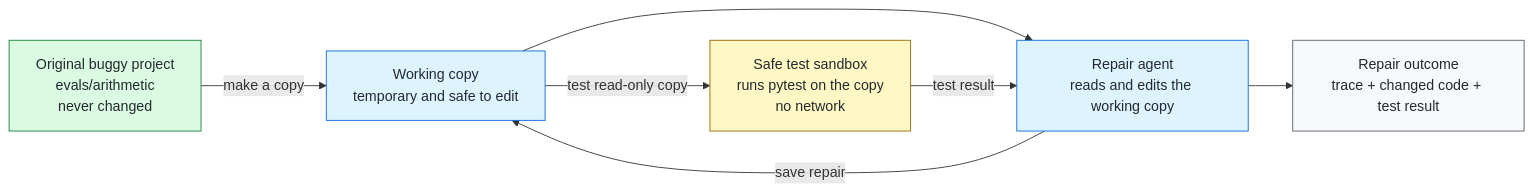
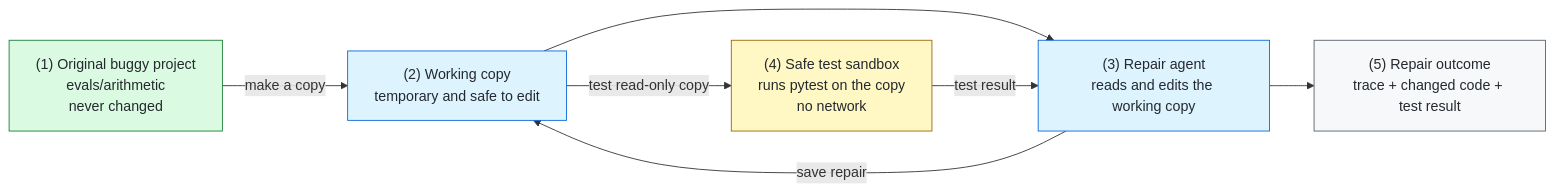
The second of 3 diagrams in README.md (ForgettaAnthony/coding-agent-lab), drawn with Mermaid before and after one commit.

Commit message:
docs: number repair isolation workflow

````diff
--- a/README.md
+++ b/README.md
@@ -152,24 +152,24 @@
 ```mermaid
 flowchart LR
-    baseline["Original buggy project<br/>evals/arithmetic<br/>never changed"]
-    copy["Working copy<br/>temporary and safe to edit"]
-    agent["Repair agent<br/>reads and edits the working copy"]
-    docker["Safe test sandbox<br/>runs pytest on the copy<br/>no network"]
-    result["Repair outcome<br/>trace + changed code + test result"]
+    baseline["(1) Original buggy project<br/>evals/arithmetic<br/>never changed"]
+    copy["(2) Working copy<br/>temporary and safe to edit"]
+    agent["(3) Repair agent<br/>reads and edits the working copy"]
+    docker["(4) Safe test sandbox<br/>runs pytest on the copy<br/>no network"]
+    result["(5) Repair outcome<br/>trace + changed code + test result"]
 
     baseline -->|make a copy| copy
     copy --> agent
     agent -->|save repair| copy
     copy -->|test read-only copy| docker
     docker -->|test result| agent
     agent --> result
 
     classDef baseline fill:#dafbe1,stroke:#1a7f37,color:#24292f
     classDef workspace fill:#ddf4ff,stroke:#0969da,color:#24292f
     classDef sandbox fill:#fff8c5,stroke:#9a6700,color:#24292f
     classDef outcome fill:#f6f8fa,stroke:#57606a,color:#24292f
     class baseline baseline
     class copy,agent workspace
     class docker sandbox
     class result outcome
 ```
````
